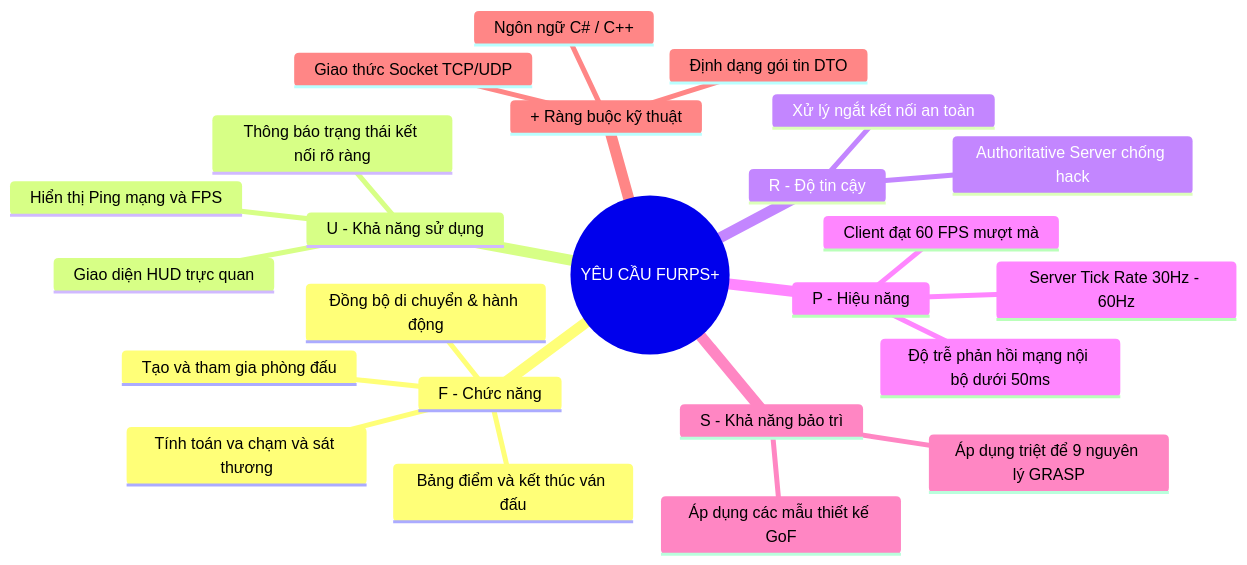
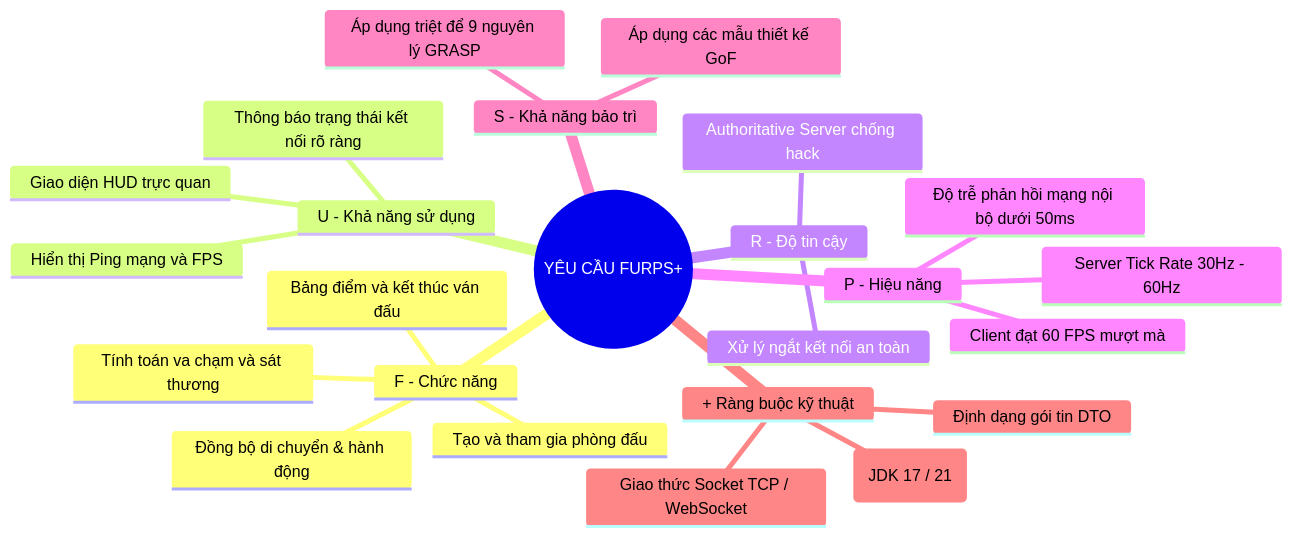
The first of 2 diagrams in Docs_BaoCao/Phan_01_PhatBieu_BaiToan.md (Tran1209/UML-Patterns-Mastery), drawn with Mermaid before and after one commit. The commit also changed other lines of this file, not shown here.

Commit message:
fix(docs): update technical constraints and mindmap from C#/C++ to Java (JDK 17/21)

````diff
--- a/Docs_BaoCao/Phan_01_PhatBieu_BaiToan.md
+++ b/Docs_BaoCao/Phan_01_PhatBieu_BaiToan.md
@@ -54,27 +54,27 @@
 ```mermaid
 mindmap
   root((YÊU CẦU FURPS+))
     F - Chức năng
       Tạo và tham gia phòng đấu
       Đồng bộ di chuyển & hành động
       Tính toán va chạm và sát thương
       Bảng điểm và kết thúc ván đấu
     U - Khả năng sử dụng
       Giao diện HUD trực quan
       Hiển thị Ping mạng và FPS
       Thông báo trạng thái kết nối rõ ràng
     R - Độ tin cậy
       Authoritative Server chống hack
       Xử lý ngắt kết nối an toàn
     P - Hiệu năng
       Client đạt 60 FPS mượt mà
       Server Tick Rate 30Hz - 60Hz
       Độ trễ phản hồi mạng nội bộ dưới 50ms
     S - Khả năng bảo trì
       Áp dụng triệt để 9 nguyên lý GRASP
       Áp dụng các mẫu thiết kế GoF
     + Ràng buộc kỹ thuật
-      Ngôn ngữ C# / C++
-      Giao thức Socket TCP/UDP
+      Ngôn ngữ Java (JDK 17 / 21)
+      Giao thức Socket TCP / WebSocket
       Định dạng gói tin DTO
 ```
````
